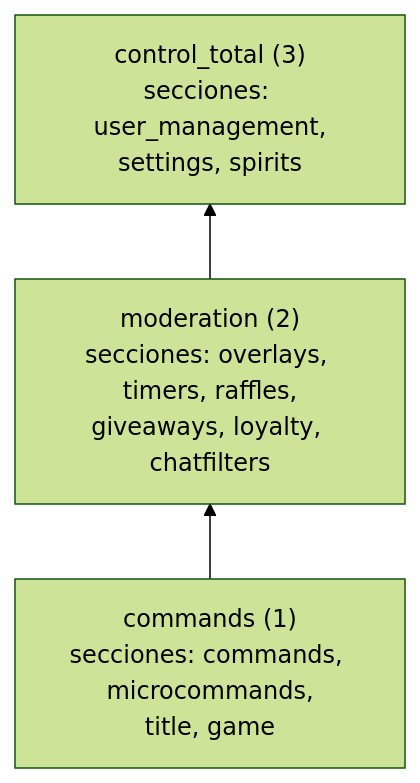
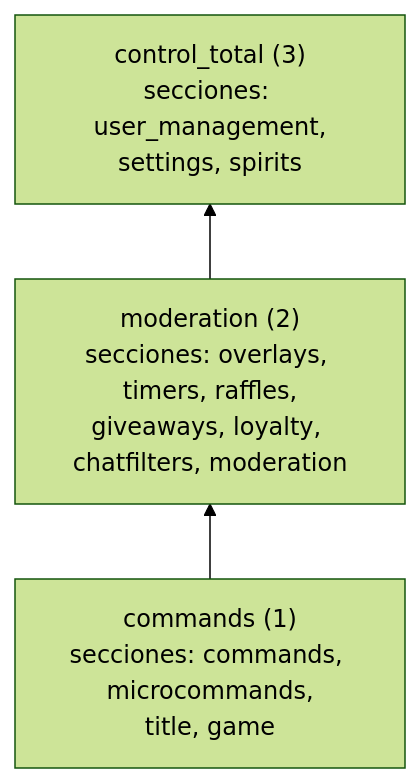
Before and after one commit to decatrondev/decatron: the ninth of 12 diagrams in docs/es/ARCHITECTURE.md, drawn with Mermaid (forest theme). The commit also changed other lines of this file and 16 other files, not shown here.

````diff
--- a/docs/es/ARCHITECTURE.md
+++ b/docs/es/ARCHITECTURE.md
@@ -470,8 +470,8 @@
 ```mermaid
 graph BT
     CMD["commands (1)<br/>secciones: commands, microcommands,<br/>title, game"]
-    MOD["moderation (2)<br/>secciones: overlays, timers, raffles,<br/>giveaways, loyalty, chatfilters"]
+    MOD["moderation (2)<br/>secciones: overlays, timers, raffles,<br/>giveaways, loyalty, chatfilters, moderation"]
     CTL["control_total (3)<br/>secciones: user_management,<br/>settings, spirits"]
 
     CMD --> MOD --> CTL
 ```
````
